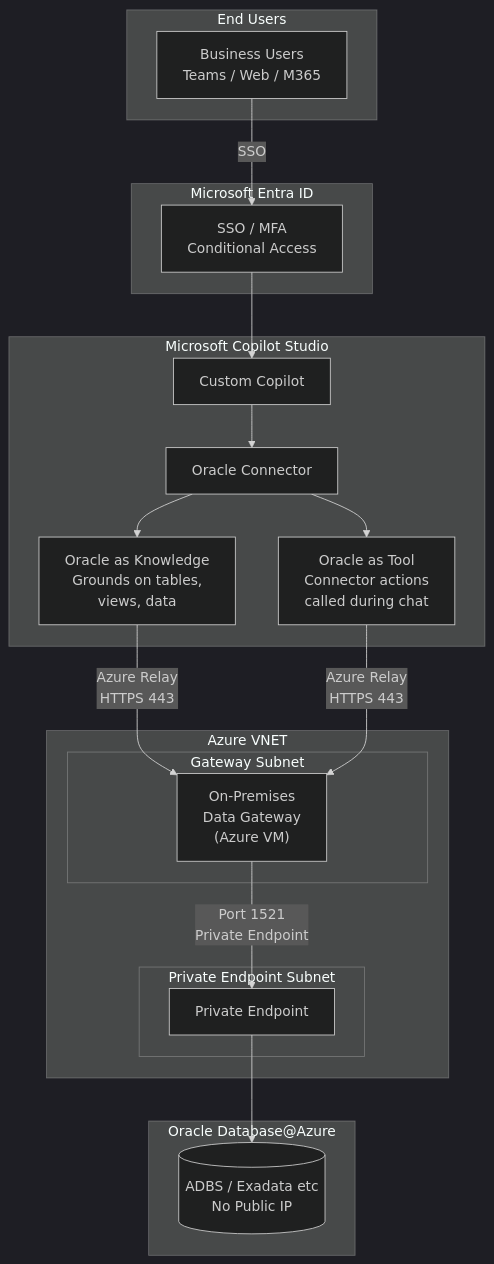
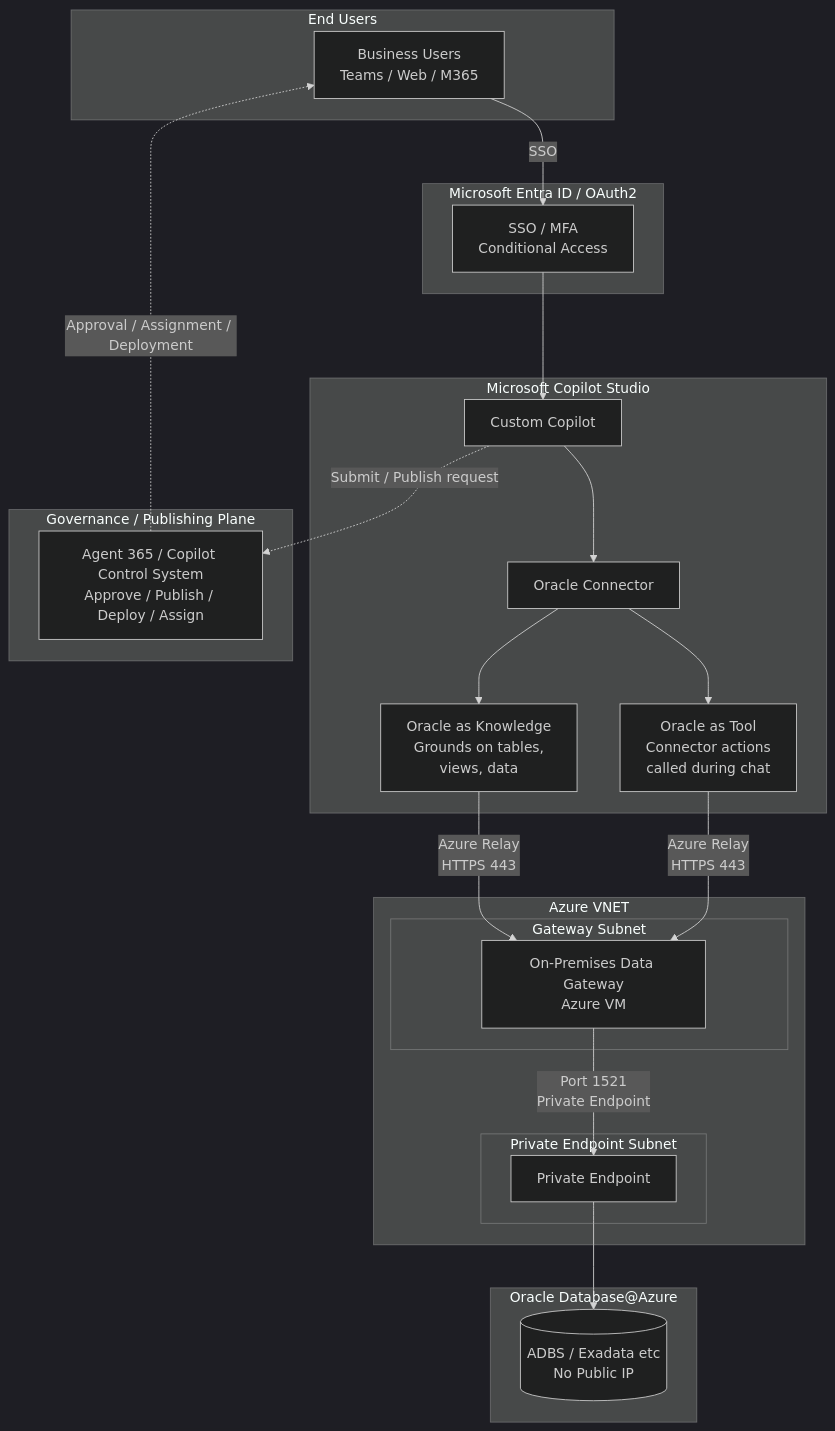
The first of 10 diagrams in docs/02-reference-architectures.md (ryellajo12/ODAA-AI-Playbook), drawn with Mermaid (dark theme) before and after one commit. The commit also changed other lines of this file, not shown here.

First line of the commit message:
Expand reference architectures for Copilot Studio

````diff
--- a/docs/02-reference-architectures.md
+++ b/docs/02-reference-architectures.md
@@ -23,40 +27,47 @@
 ```mermaid
 graph TB
-    subgraph Users["End Users"]
-        BU["Business Users<br/>Teams / Web / M365"]
+    subgraph Users[End Users]
+        BU[Business Users<br/>Teams / Web / M365]
     end
 
-    subgraph EntraID["Microsoft Entra ID"]
-        AUTH["SSO / MFA<br/>Conditional Access"]
+    subgraph EntraID[Microsoft Entra ID / OAuth2]
+        AUTH[SSO / MFA<br/>Conditional Access]
     end
 
-    subgraph CS["Microsoft Copilot Studio"]
-        COP["Custom Copilot"]
-        C["Oracle Connector"]
-        K["Oracle as Knowledge<br/>Grounds on tables,<br/>views, data"]
-        T["Oracle as Tool<br/>Connector actions<br/>called during chat"]
+    subgraph CS[Microsoft Copilot Studio]
+        COP[Custom Copilot]
+        C[Oracle Connector]
+        K[Oracle as Knowledge<br/>Grounds on tables,<br/>views, data]
+        T[Oracle as Tool<br/>Connector actions<br/>called during chat]
     end
 
-    subgraph VNET["Azure VNET"]
-        subgraph GWSub["Gateway Subnet"]
-            GATEWAY["On-Premises<br/>Data Gateway<br/>(Azure VM)"]
+    subgraph GOV[Governance / Publishing Plane]
+        A365[Agent 365 / Copilot Control System<br/>Approve / Publish / Deploy / Assign]
+    end
+
+    subgraph VNET[Azure VNET]
+        subgraph GWSub[Gateway Subnet]
+            GATEWAY[On-Premises Data Gateway<br/>Azure VM]
         end
-        subgraph PESub["Private Endpoint Subnet"]
-            PE["Private Endpoint"]
+        subgraph PESub[Private Endpoint Subnet]
+            PE[Private Endpoint]
         end
     end
 
-    subgraph ODA["Oracle Database@Azure"]
-        DB[("ADBS / Exadata etc<br/>No Public IP")]
+    subgraph ODA[Oracle Database@Azure]
+        DB[(ADBS / Exadata etc<br/>No Public IP)]
     end
 
     BU -->|SSO| AUTH
     AUTH --> COP
     COP --> C
     C --> K
     C --> T
     K -->|Azure Relay<br/>HTTPS 443| GATEWAY
     T -->|Azure Relay<br/>HTTPS 443| GATEWAY
     GATEWAY -->|Port 1521<br/>Private Endpoint| PE
     PE --> DB
+
+    COP -.->|Submit / Publish request| A365
+    A365 -.->|Approval / Assignment / Deployment| BU
 ```
````
